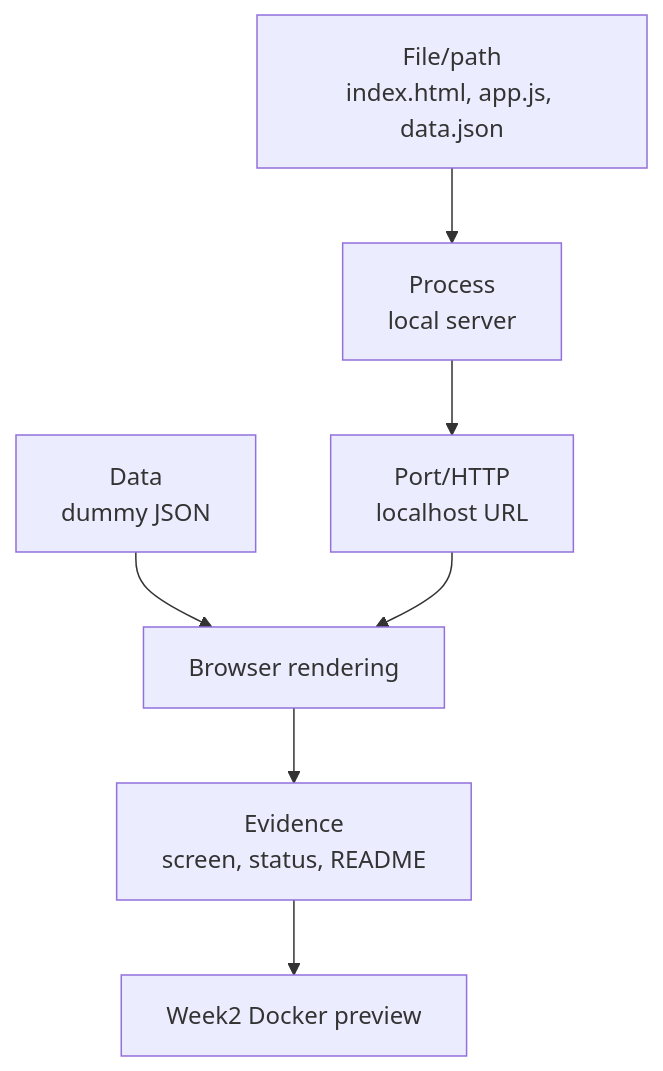
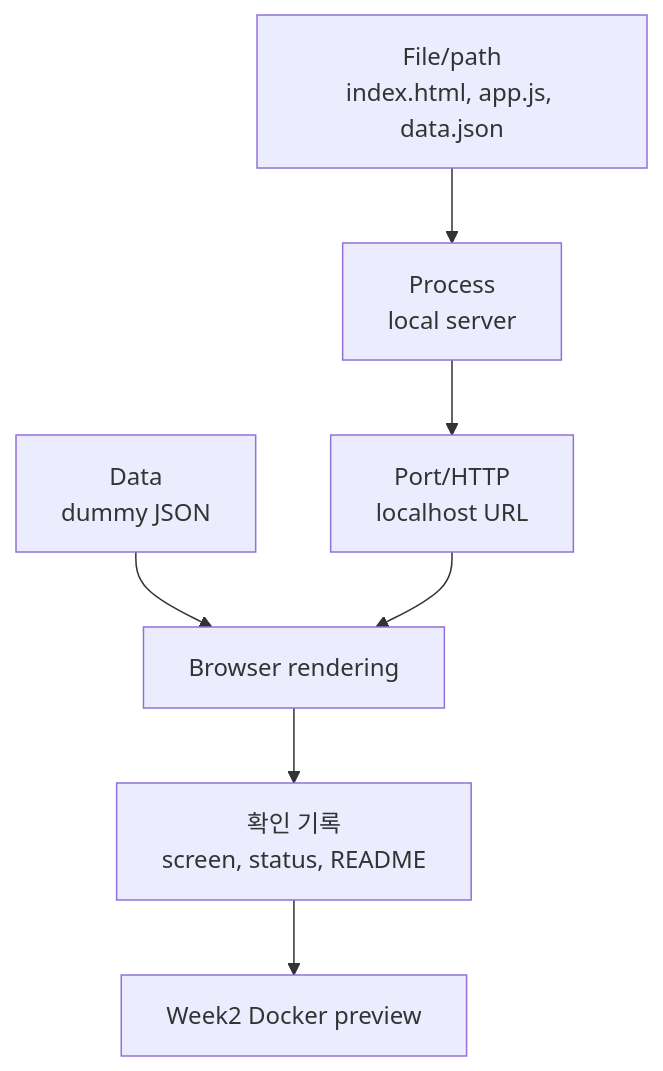
Before and after one commit to HwantaLee/w3d3-github-actions-dockerhub: the diagram in week1/day5/lesson-02.md, drawn with Mermaid. The commit also changed other lines of this file and 38 other files, not shown here.

````diff
--- a/week1/day5/lesson-02.md
+++ b/week1/day5/lesson-02.md
@@ -52,9 +65,9 @@
 ```mermaid
 flowchart TD
     F[File/path<br/>index.html, app.js, data.json] --> P[Process<br/>local server]
     P --> N[Port/HTTP<br/>localhost URL]
     D[Data<br/>dummy JSON] --> B[Browser rendering]
     N --> B
-    B --> E[Evidence<br/>screen, status, README]
+    B --> E[확인 기록<br/>screen, status, README]
     E --> W[Week2 Docker preview]
 ```
````
